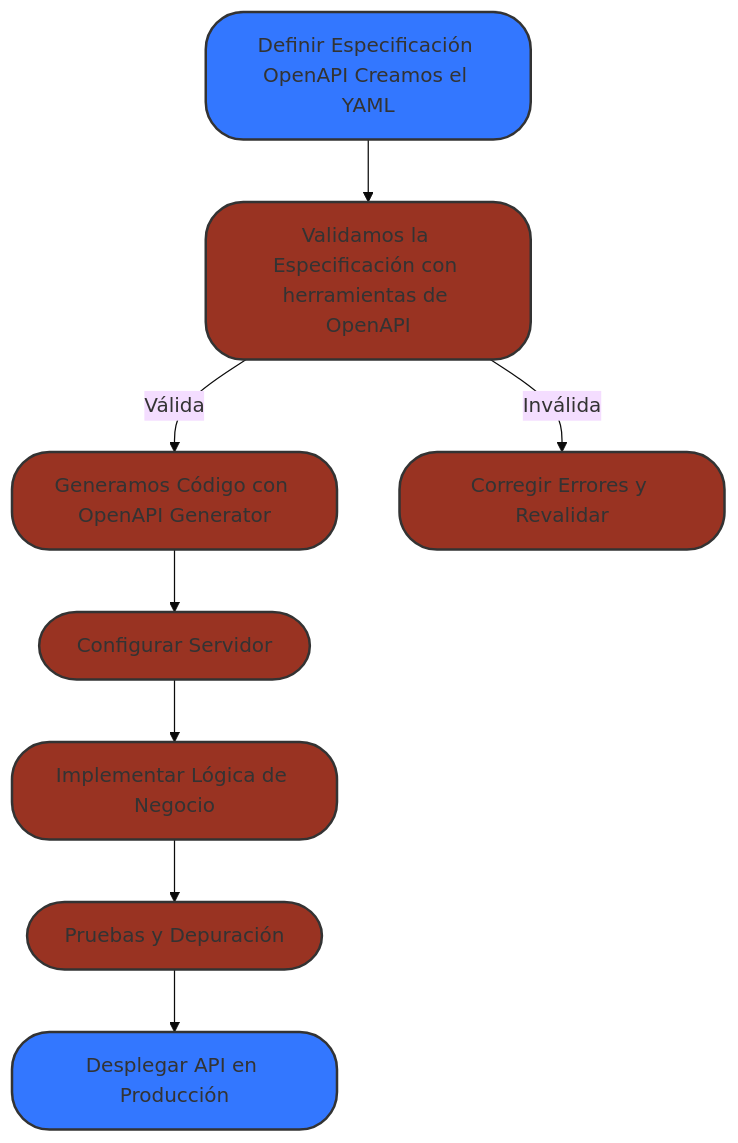
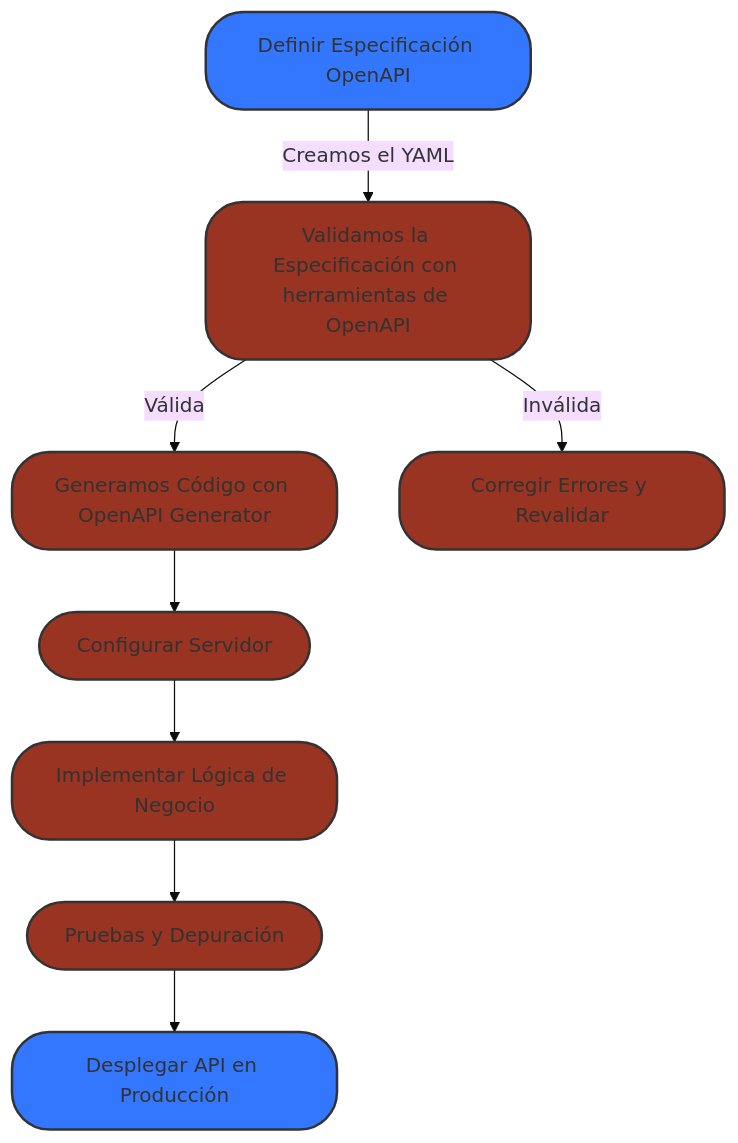
One commit to pepemxl/Learning_Team changed the diagram in docs/api/module_01/section_01.md. Above: the diagram before and after it, drawn with Mermaid (base theme). The commit also changed other lines of this file, not shown here.

````diff
--- a/docs/api/module_01/section_01.md
+++ b/docs/api/module_01/section_01.md
@@ -81,18 +81,18 @@
 ```mermaid
 
 graph TD;
-    startNode[Definir Especificación OpenAPI Creamos el YAML] --> B[Validamos la Especificación con herramientas de OpenAPI]
+    startNode["Definir Especificación OpenAPI"] -->|Creamos el YAML| B["Validamos la Especificación con herramientas de OpenAPI"]
     B -- Válida --> C[Generamos Código con OpenAPI Generator]
     B -- Inválida --> D[Corregir Errores y Revalidar]
     C --> E[Configurar Servidor]
     E --> F[Implementar Lógica de Negocio]
     F --> G[Pruebas y Depuración]
     G --> endNode[Desplegar API en Producción]
 
 
 classDef nodeStart fill:#37F,stroke:#333,stroke-width:2px,rx:30px,ry:30px;
 classDef nodeEnd fill:#37F,stroke:#333,stroke-width:2px,rx:30px,ry:30px;
 classDef node fill:#932,stroke:#333,stroke-width:2px,rx:30px,ry:30px;
 class startNode nodeStart;
 class endNode nodeEnd;
 ```
````
